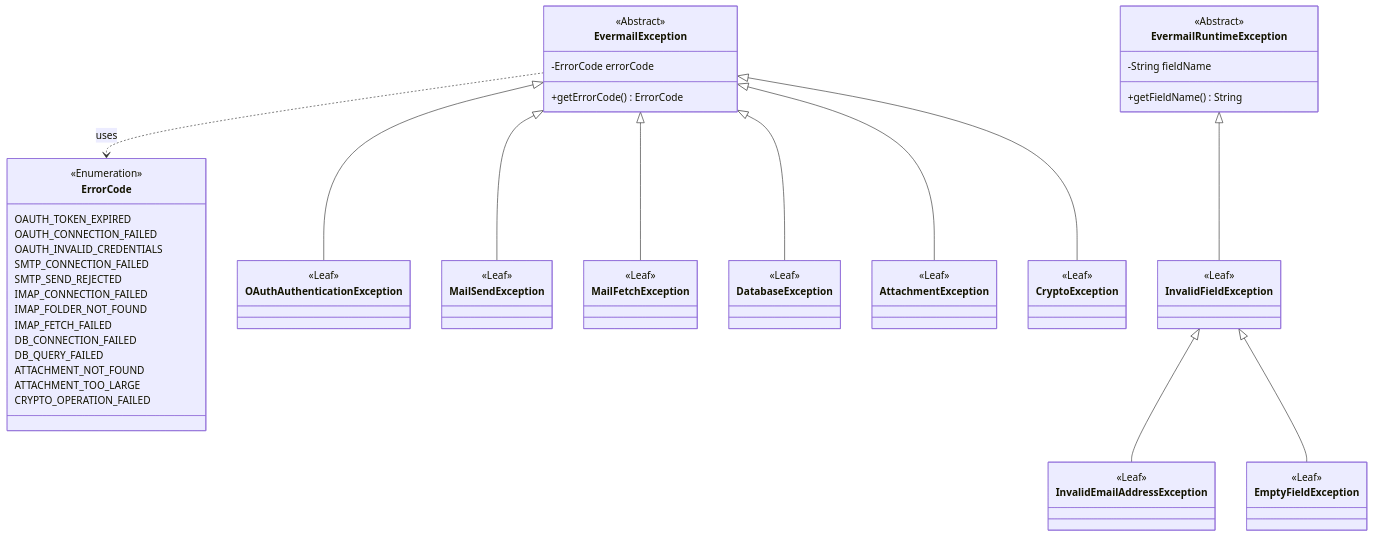
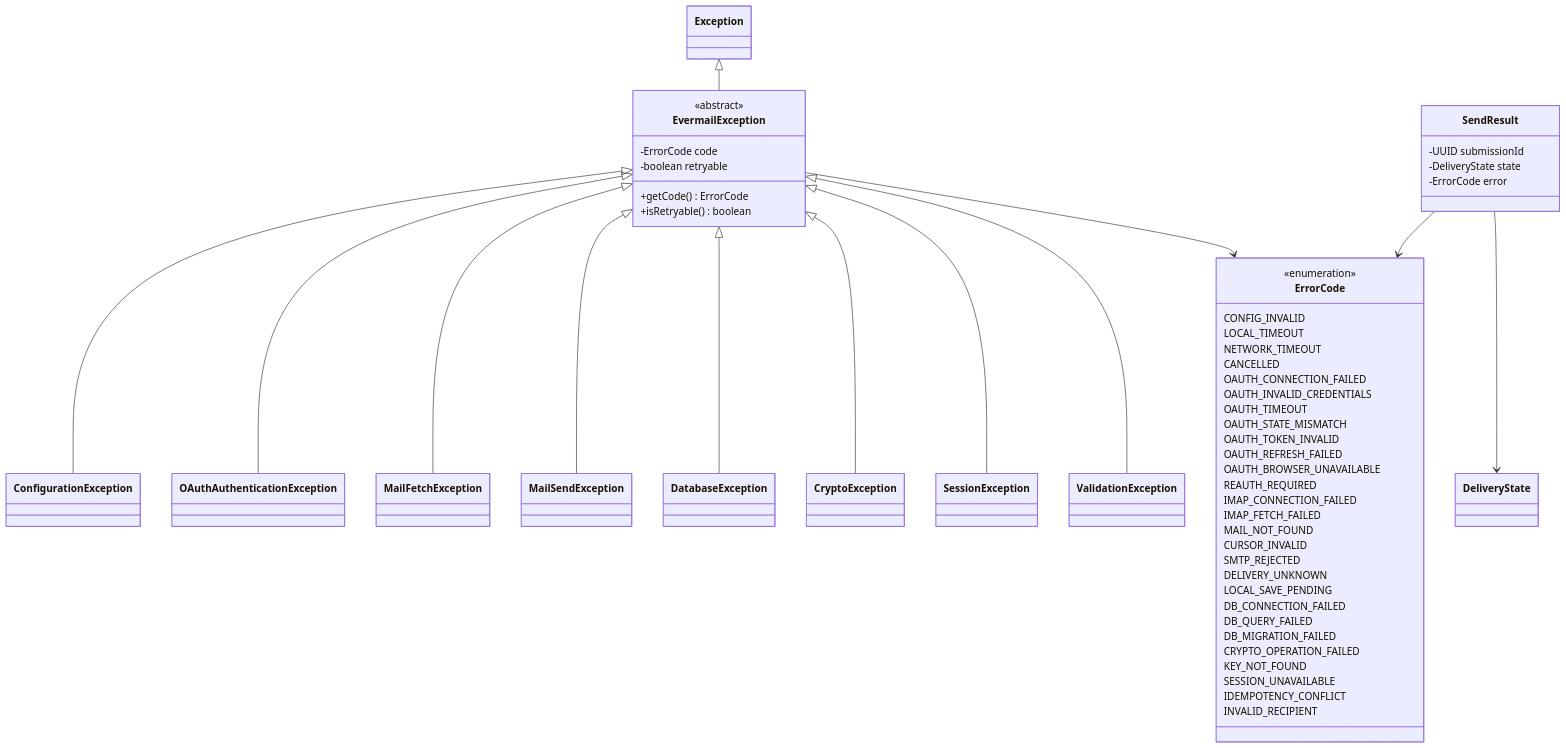
One commit to JuanPablo72000/evermail changed the diagram in docs/diagrams/uml-exception.md. Above: the diagram before and after it, drawn with Mermaid. The commit also changed other lines of this file and 118 other files, not shown here.

````diff
--- a/docs/diagrams/uml-exception.md
+++ b/docs/diagrams/uml-exception.md
@@ -1,81 +5,81 @@
 ```mermaid
 classDiagram
     class ErrorCode {
-        <<Enumeration>>
-        OAUTH_TOKEN_EXPIRED
+        <<enumeration>>
+        CONFIG_INVALID
+        LOCAL_TIMEOUT
+        NETWORK_TIMEOUT
+        CANCELLED
         OAUTH_CONNECTION_FAILED
         OAUTH_INVALID_CREDENTIALS
-        SMTP_CONNECTION_FAILED
-        SMTP_SEND_REJECTED
+        OAUTH_TIMEOUT
+        OAUTH_STATE_MISMATCH
+        OAUTH_TOKEN_INVALID
+        OAUTH_REFRESH_FAILED
+        OAUTH_BROWSER_UNAVAILABLE
+        REAUTH_REQUIRED
         IMAP_CONNECTION_FAILED
-        IMAP_FOLDER_NOT_FOUND
         IMAP_FETCH_FAILED
+        MAIL_NOT_FOUND
+        CURSOR_INVALID
+        SMTP_REJECTED
+        DELIVERY_UNKNOWN
+        LOCAL_SAVE_PENDING
         DB_CONNECTION_FAILED
         DB_QUERY_FAILED
-        ATTACHMENT_NOT_FOUND
-        ATTACHMENT_TOO_LARGE
+        DB_MIGRATION_FAILED
         CRYPTO_OPERATION_FAILED
+        KEY_NOT_FOUND
+        SESSION_UNAVAILABLE
+        IDEMPOTENCY_CONFLICT
+        INVALID_RECIPIENT
     }
+    class EvermailException {
+        <<abstract>>
+        -ErrorCode code
+        -boolean retryable
+        +getCode() ErrorCode
+        +isRetryable() boolean
+    }
+    class ConfigurationException {
 
-    class EvermailException {
-        <<Abstract>>
-        -ErrorCode errorCode
-        +getErrorCode() ErrorCode
     }
+    class OAuthAuthenticationException {
 
-    class EvermailRuntimeException {
-        <<Abstract>>
-        -String fieldName
-        +getFieldName() String
     }
+    class MailFetchException {
 
-    class OAuthAuthenticationException {
-        <<Leaf>>
     }
+    class MailSendException {
 
-    class MailSendException {
-        <<Leaf>>
     }
+    class DatabaseException {
 
-    class MailFetchException {
-        <<Leaf>>
     }
+    class CryptoException {
 
-    class DatabaseException {
-        <<Leaf>>
     }
+    class SessionException {
 
-    class AttachmentException {
-        <<Leaf>>
     }
+    class ValidationException {
 
-    class CryptoException {
-        <<Leaf>>
     }
-
-    class InvalidFieldException {
-        <<Leaf>>
+    class SendResult {
+        -UUID submissionId
+        -DeliveryState state
+        -ErrorCode error
     }
-
-    class InvalidEmailAddressException {
-        <<Leaf>>
-    }
-
-    class EmptyFieldException {
-        <<Leaf>>
-    }
-
-%% Checked branch inheritance
+    Exception <|-- EvermailException
+    EvermailException <|-- ConfigurationException
     EvermailException <|-- OAuthAuthenticationException
+    EvermailException <|-- MailFetchException
     EvermailException <|-- MailSendException
-    EvermailException <|-- MailFetchException
     EvermailException <|-- DatabaseException
-    EvermailException <|-- AttachmentException
     EvermailException <|-- CryptoException
-    EvermailException ..> ErrorCode : uses
-
-%% Unchecked branch inheritance
-    EvermailRuntimeException <|-- InvalidFieldException
-    InvalidFieldException <|-- InvalidEmailAddressException
-    InvalidFieldException <|-- EmptyFieldException
+    EvermailException <|-- SessionException
+    EvermailException <|-- ValidationException
+    EvermailException --> ErrorCode
+    SendResult --> ErrorCode
+    SendResult --> DeliveryState
 ```
````
